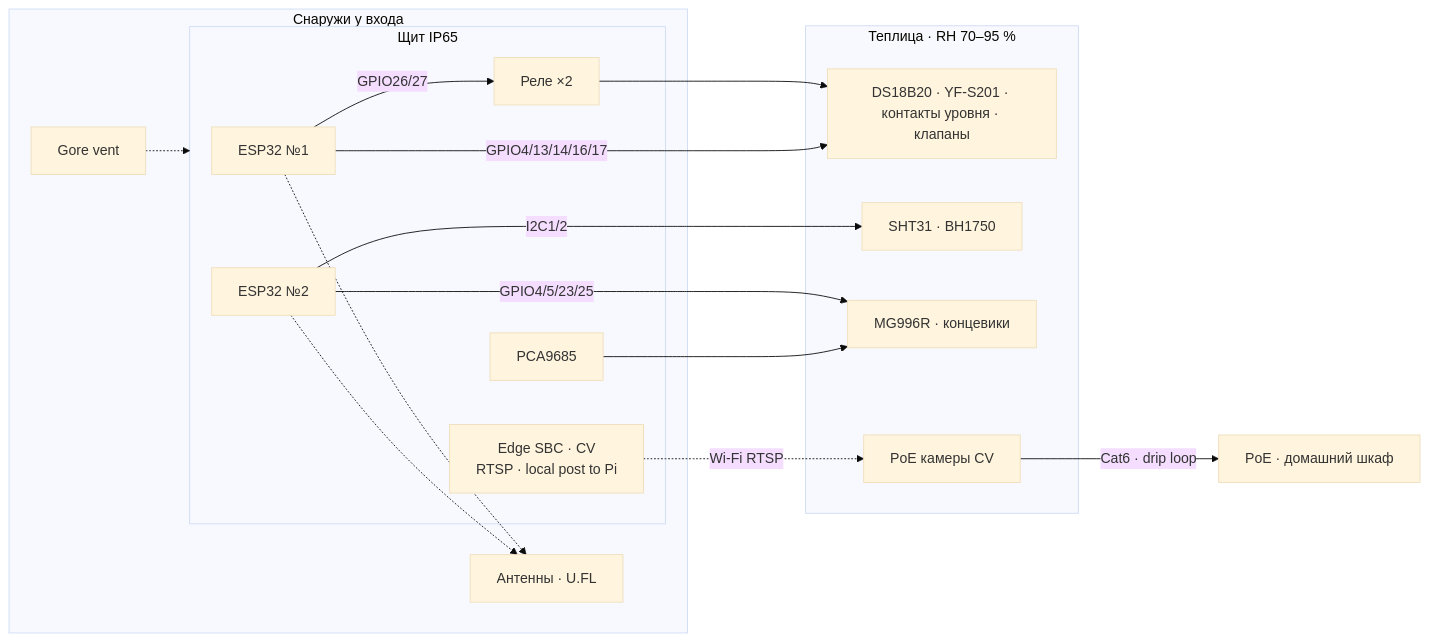
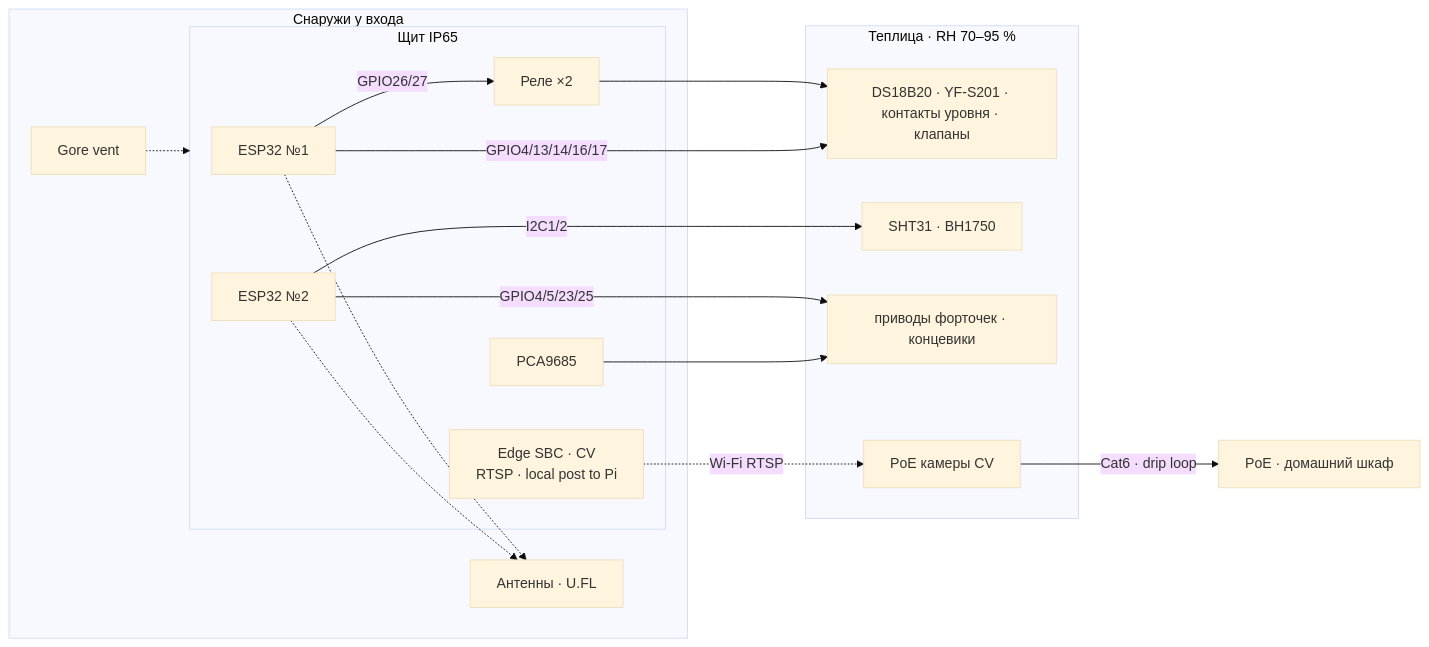
The sixth of 6 diagrams in docs/04-esp32-and-cabinet.md (TiunovNN/smart-greenhouse), drawn with Mermaid (base theme) before and after one commit. The commit also changed other lines of this file and 8 other files, not shown here.

````diff
--- a/docs/04-esp32-and-cabinet.md
+++ b/docs/04-esp32-and-cabinet.md
@@ -392,33 +397,33 @@
 ```mermaid
 flowchart LR
   subgraph outdoor["Снаружи у входа"]
     subgraph shield["Щит IP65"]
       E1["ESP32 №1"]
       E2["ESP32 №2"]
       SBC["Edge SBC · CV<br/>RTSP · local post to Pi"]
       REL["Реле ×2"]
       PCA["PCA9685"]
     end
     ANT["Антенны · U.FL"]
     GORE["Gore vent"]
   end
 
   subgraph gh["Теплица · RH 70–95 %"]
     HYDR["DS18B20 · YF-S201 · контакты уровня · клапаны"]
     CLIM["SHT31 · BH1750"]
-    WIN["MG996R · концевики"]
+    WIN["приводы форточек · концевики"]
     CAM["PoE камеры CV"]
   end
 
   E1 -->|"GPIO26/27"| REL
   REL --> HYDR
   E1 -->|"GPIO4/13/14/16/17"| HYDR
   E2 -->|"I2C1/2"| CLIM
   E2 -->|"GPIO4/5/23/25"| WIN
   PCA --> WIN
   CAM -->|"Cat6 · drip loop"| POE["PoE · домашний шкаф"]
   SBC -.->|"Wi‑Fi RTSP"| CAM
   E1 -.-> ANT
   E2 -.-> ANT
   GORE -.-> shield
 ```
````
